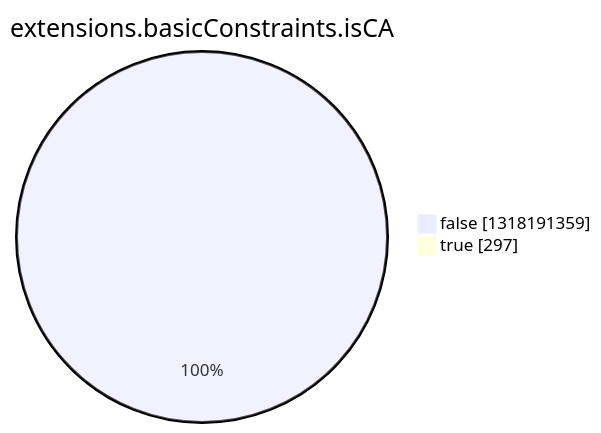
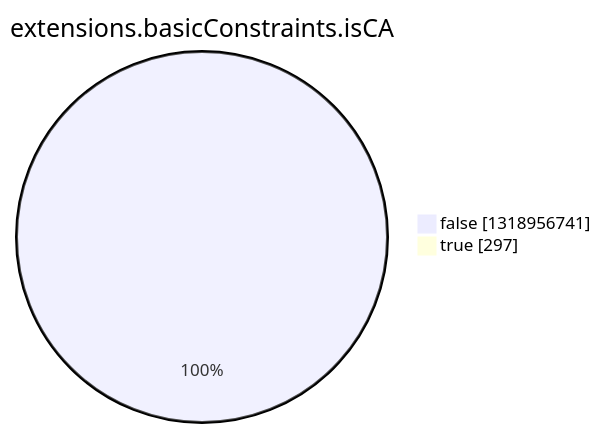
One commit to christiankrug/ctmonitor_visualization changed the eighth of 15 diagrams in argon2022/README.md. Above: the diagram before and after it, drawn with Mermaid. The commit also changed other lines of this file, not shown here.

````diff
--- a/argon2022/README.md
+++ b/argon2022/README.md
@@ -2758,6 +2758,6 @@
 ```mermaid
 pie showData
 title extensions.basicConstraints.isCA
-"false" :1318191359
+"false" :1318956741
 "true" :297
 ```
````
